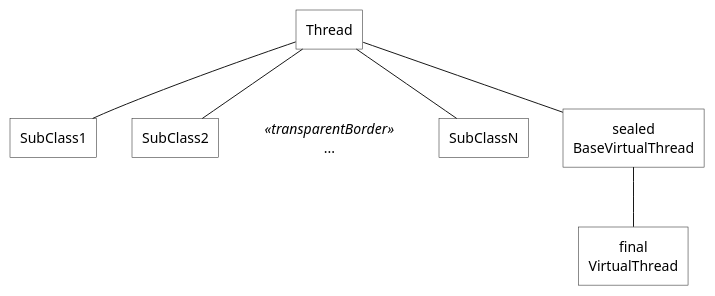
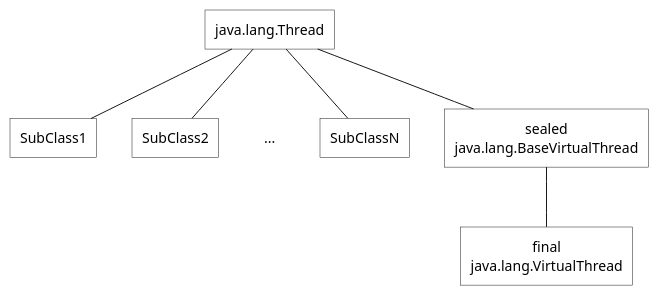
The diagram in images/thread_class_diagram.puml (ti-cortex-m4/demo-java-virtual-threads2), drawn with PlantUML before and after one commit. The commit also changed 1 other file, not shown here.

```diff
--- a/images/thread_class_diagram.puml
+++ b/images/thread_class_diagram.puml
@@ -1,36 +1,37 @@
 @startuml
 
 scale 1.0
 
 skinparam useBetaStyle true
 
 <style>
-    .transparentBorder {
+    card {
         LineColor transparent
     }
 }
 </style>
 
 skinparam {
     defaultTextAlignment center
     roundCorner 0
+    CardBackgroundColor transparent
     RectangleBackgroundColor transparent
     RectangleFontName Arial
 }
 
-rectangle Thread
+rectangle "java.lang.Thread" as Thread
 rectangle SubClass1
 rectangle SubClass2
-rectangle "..." as SubClass3 <<transparentBorder>>
+card "..." as SubClass3
 rectangle SubClassN
-rectangle "sealed\nBaseVirtualThread" as BaseVirtualThread
-rectangle "final\nVirtualThread" as VirtualThread
+rectangle "sealed\njava.lang.BaseVirtualThread" as BaseVirtualThread
+rectangle "final\njava.lang.VirtualThread" as VirtualThread
 
 Thread -down- SubClass1
 Thread -down- SubClass2
 Thread -down[#transparent]- SubClass3
 Thread -down- SubClassN
 Thread -down- BaseVirtualThread
 BaseVirtualThread -down- VirtualThread
 
 @enduml
```
